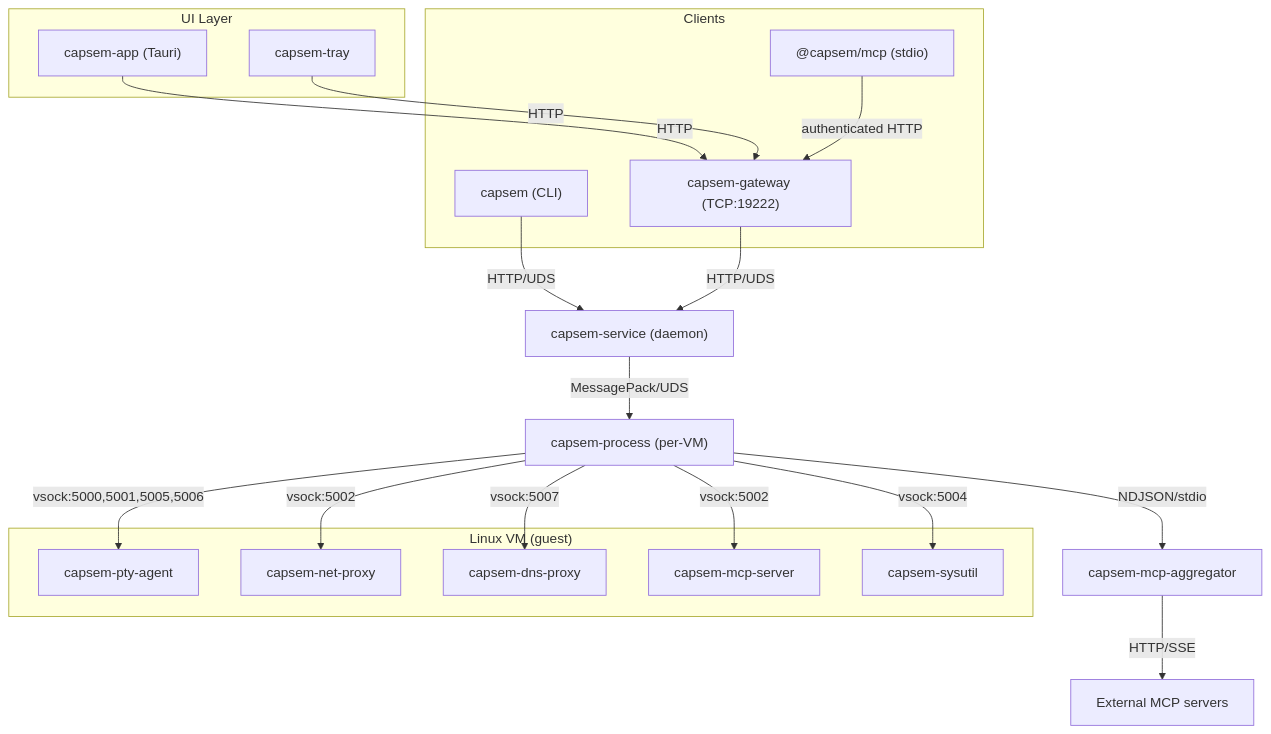
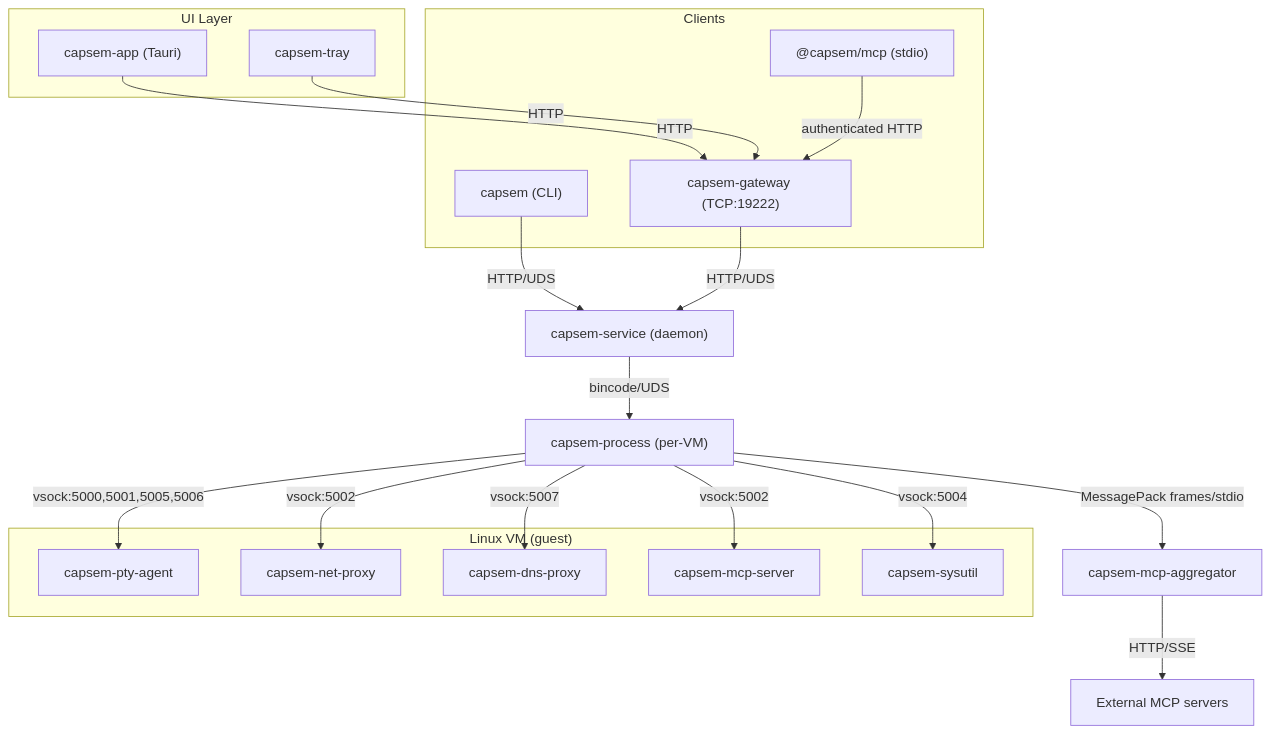
One commit to google/capsem changed the diagram in web/docs/src/content/docs/architecture/service-architecture.md. Above: the diagram before and after it, drawn with Mermaid. The commit also changed other lines of this file and 5 other files, not shown here.

First line of the commit message:
docs(architecture): name the codecs the wire actually uses

````diff
--- a/web/docs/src/content/docs/architecture/service-architecture.md
+++ b/web/docs/src/content/docs/architecture/service-architecture.md
@@ -45,41 +45,41 @@
 ```mermaid
 graph TD
     subgraph Clients
         CLI["capsem (CLI)"]
         MCP["@capsem/mcp (stdio)"]
         GW["capsem-gateway (TCP:19222)"]
     end
 
     subgraph "UI Layer"
         APP["capsem-app (Tauri)"]
         TRAY["capsem-tray"]
     end
 
     APP -->|HTTP| GW
     TRAY -->|HTTP| GW
 
     CLI -->|HTTP/UDS| SVC
     MCP -->|"authenticated HTTP"| GW
     GW -->|HTTP/UDS| SVC
 
     SVC["capsem-service (daemon)"]
 
-    SVC -->|"MessagePack/UDS"| PROC["capsem-process (per-VM)"]
+    SVC -->|"bincode/UDS"| PROC["capsem-process (per-VM)"]
 
-    PROC -->|"NDJSON/stdio"| AGG["capsem-mcp-aggregator"]
+    PROC -->|"MessagePack frames/stdio"| AGG["capsem-mcp-aggregator"]
     AGG -->|"HTTP/SSE"| EXT["External MCP servers"]
 
     subgraph "Linux VM (guest)"
         AGENT["capsem-pty-agent"]
         NETPROXY["capsem-net-proxy"]
         DNSPROXY["capsem-dns-proxy"]
         MCPGW["capsem-mcp-server"]
         SYSUTIL["capsem-sysutil"]
     end
 
     PROC -->|"vsock:5000,5001,5005,5006"| AGENT
     PROC -->|"vsock:5002"| NETPROXY
     PROC -->|"vsock:5007"| DNSPROXY
     PROC -->|"vsock:5002"| MCPGW
     PROC -->|"vsock:5004"| SYSUTIL
 ```
````
